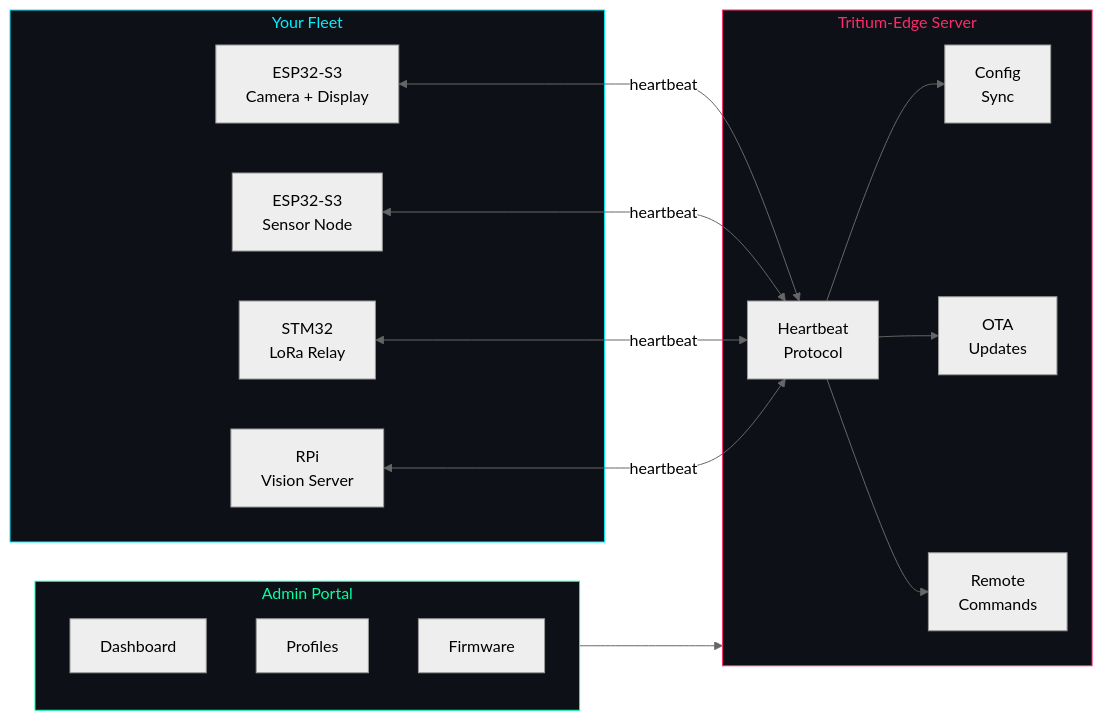
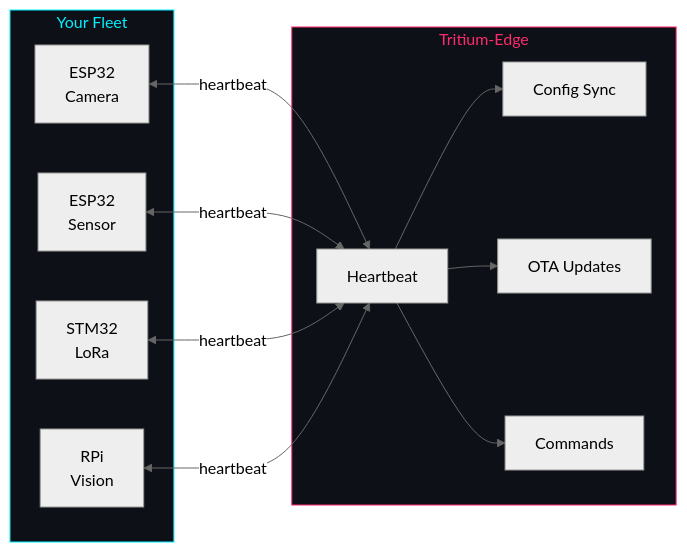
The diagram in README.md (Valpatel/tritium-edge), drawn with Mermaid (neutral theme) before and after one commit. The commit also changed other lines of this file, not shown here.

First line of the commit message:
Tighten README — vision up, details down

````diff
--- a/README.md
+++ b/README.md
@@ -34,30 +33,22 @@
 ```mermaid
 graph LR
-    subgraph Devices["Your Fleet"]
-        D1["ESP32-S3<br/>Camera + Display"]
-        D2["ESP32-S3<br/>Sensor Node"]
-        D3["STM32<br/>LoRa Relay"]
-        D4["RPi<br/>Vision Server"]
+    subgraph Fleet["Your Fleet"]
+        D1["ESP32<br/>Camera"]
+        D2["ESP32<br/>Sensor"]
+        D3["STM32<br/>LoRa"]
+        D4["RPi<br/>Vision"]
     end
 
-    subgraph Server["Tritium-Edge Server"]
-        HB["Heartbeat<br/>Protocol"]
-        CFG["Config<br/>Sync"]
-        OTA["OTA<br/>Updates"]
-        CMD["Remote<br/>Commands"]
-    end
-
-    subgraph Portal["Admin Portal"]
-        DASH["Dashboard"]
-        PROF["Profiles"]
-        FW["Firmware"]
+    subgraph Server["Tritium-Edge"]
+        HB["Heartbeat"]
+        CFG["Config Sync"]
+        OTA["OTA Updates"]
+        CMD["Commands"]
     end
 
     D1 & D2 & D3 & D4 <-->|"heartbeat"| HB
     HB --> CFG & OTA & CMD
-    Portal --> Server
 
-    style Devices fill:#0d1117,stroke:#00f0ff,color:#00f0ff
+    style Fleet fill:#0d1117,stroke:#00f0ff,color:#00f0ff
     style Server fill:#0d1117,stroke:#ff2a6d,color:#ff2a6d
-    style Portal fill:#0d1117,stroke:#05ffa1,color:#05ffa1
 ```
````
